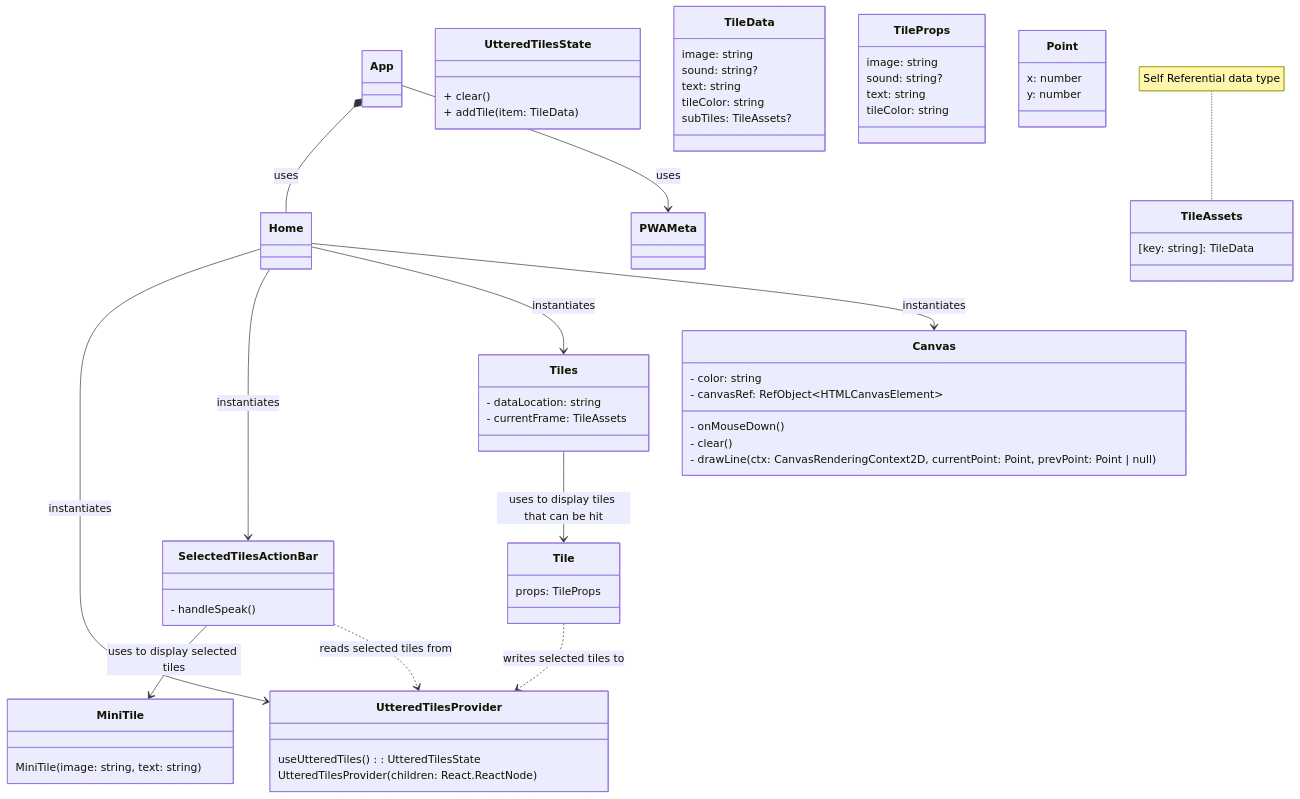
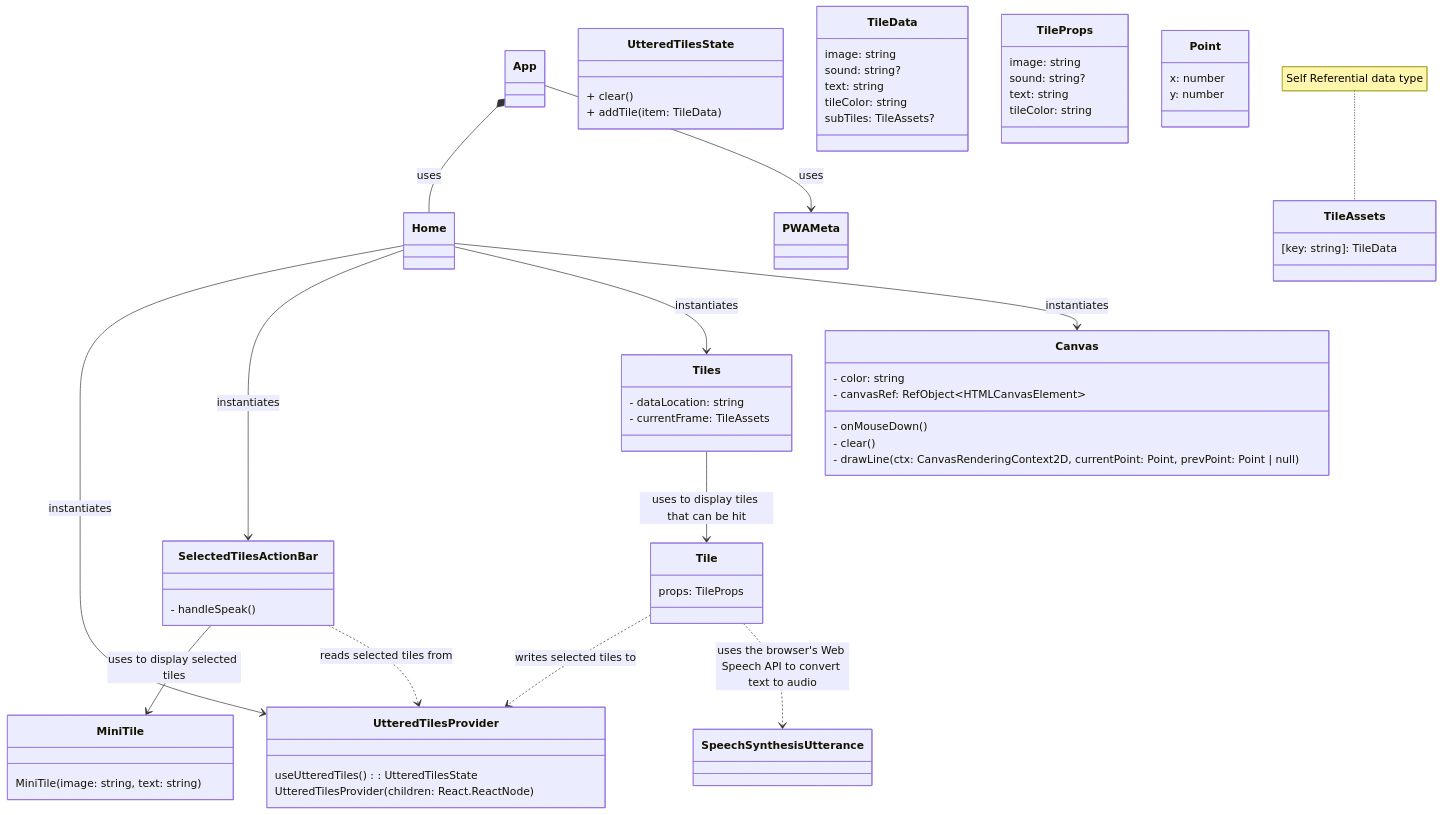
The diagram in documentation/docs/system-architecture/Frontend UML.md (Capstone-Projects-2023-Fall/project-smartspeech), drawn with Mermaid before and after one commit. The commit also changed 2 other files, not shown here.

Commit message:
Implement suggestions from Garden Sensor Array

```diff
--- a/documentation/docs/system-architecture/Frontend UML.md
+++ b/documentation/docs/system-architecture/Frontend UML.md
@@ -88,6 +88,7 @@
 
     SelectedTilesActionBar ..> UtteredTilesProvider: reads selected tiles from
     Tile ..> UtteredTilesProvider: writes selected tiles to
+    Tile ..> SpeechSynthesisUtterance: uses the browser's Web Speech API to convert text to audio
 
     App *-- Home: uses
     App --> PWAMeta: uses
```
